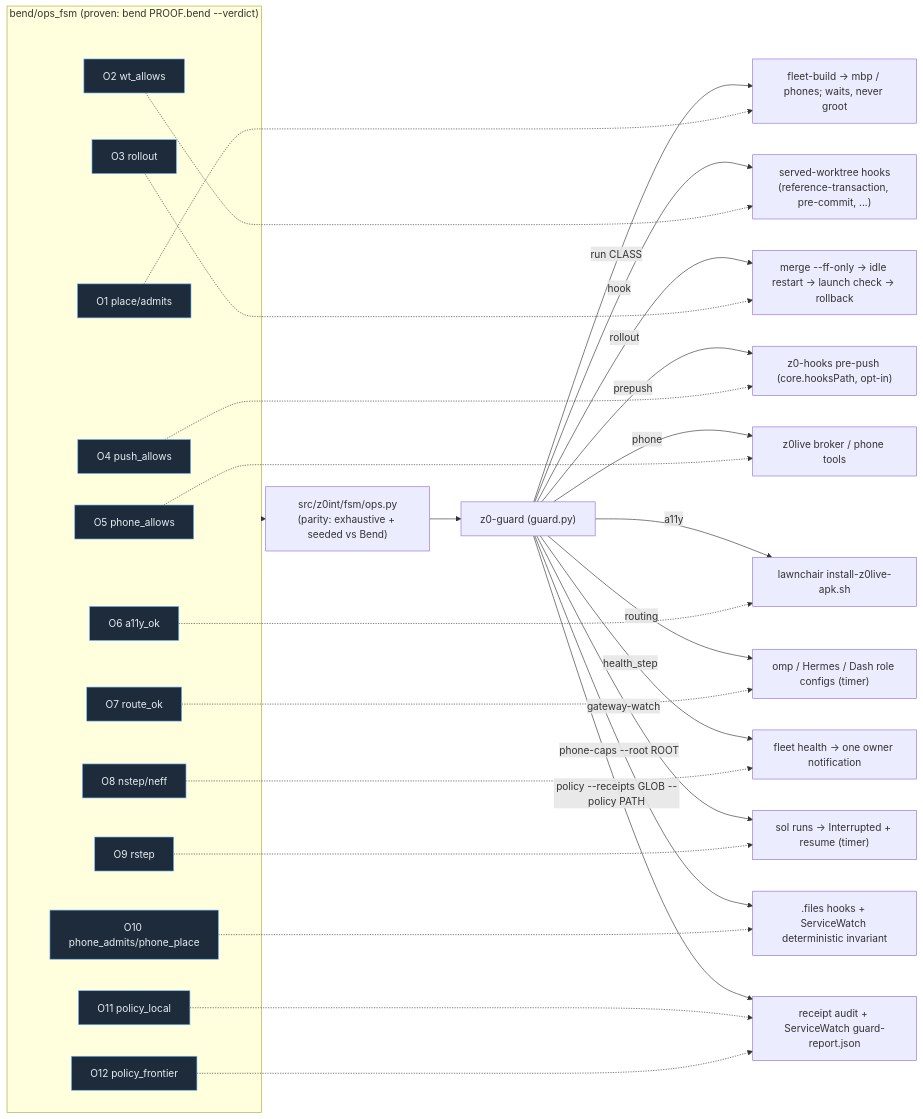
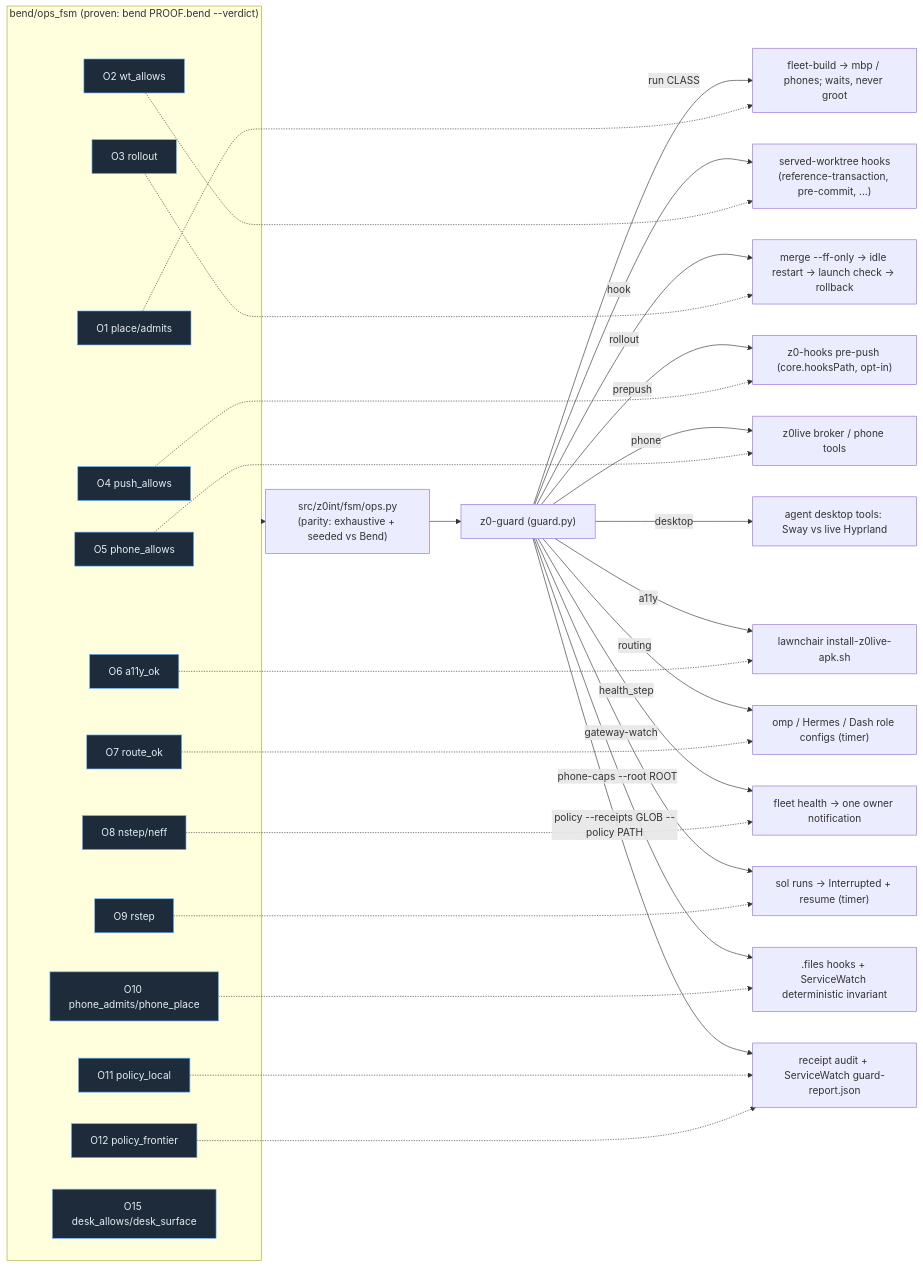
The diagram in docs/fsm/ops.md (kvnloo/z0intelligence), drawn with Mermaid before and after one commit. The commit also changed other lines of this file and 13 other files, not shown here.

First line of the commit message:
feat(policy-laws): O15 owner desktop — Sway for solo work, live desktop to look or collaborate

````diff
--- a/docs/fsm/ops.md
+++ b/docs/fsm/ops.md
@@ -10,44 +10,46 @@
 ```mermaid
 flowchart LR
   subgraph Book["bend/ops_fsm (proven: bend PROOF.bend --verdict)"]
     O1[O1 place/admits]:::law
     O2[O2 wt_allows]:::law
     O3[O3 rollout]:::law
     O4[O4 push_allows]:::law
     O5[O5 phone_allows]:::law
     O6[O6 a11y_ok]:::law
     O7[O7 route_ok]:::law
     O8[O8 nstep/neff]:::law
     O9[O9 rstep]:::law
     O10[O10 phone_admits/phone_place]:::law
     O11[O11 policy_local]:::law
     O12[O12 policy_frontier]:::law
+    O15[O15 desk_allows/desk_surface]:::law
   end
   Twin["src/z0int/fsm/ops.py\n(parity: exhaustive + seeded vs Bend)"]
   Book ==> Twin
   Twin --> G["z0-guard (guard.py)"]
   G -->|run CLASS| FB["fleet-build -> mbp / phones; waits, never groot"]
   G -->|hook| HK["served-worktree hooks\n(reference-transaction, pre-commit, ...)"]
   G -->|rollout| RO["merge --ff-only -> idle restart -> launch check -> rollback"]
   G -->|prepush| PP["z0-hooks pre-push (core.hooksPath, opt-in)"]
   G -->|phone| ZL["z0live broker / phone tools"]
+  G -->|desktop| DK["agent desktop tools: Sway vs live Hyprland"]
   G -->|a11y| LC["lawnchair install-z0live-apk.sh"]
   G -->|routing| RT["omp / Hermes / Dash role configs (timer)"]
   G -->|health_step| FH["fleet health -> one owner notification"]
   G -->|gateway-watch| GW["sol runs -> Interrupted + resume (timer)"]
   G -->|phone-caps --root ROOT| PC[".files hooks + ServiceWatch deterministic invariant"]
   G -->|policy --receipts GLOB --policy PATH| PG["receipt audit + ServiceWatch guard-report.json"]
   O1 -.-> FB
   O2 -.-> HK
   O3 -.-> RO
   O4 -.-> PP
   O5 -.-> ZL
   O6 -.-> LC
   O7 -.-> RT
   O8 -.-> FH
   O9 -.-> GW
   O10 -.-> PC
   O11 -.-> PG
   O12 -.-> PG
   classDef law fill:#1d2b3a,stroke:#6cb6ff,color:#e6edf3
 ```
````
